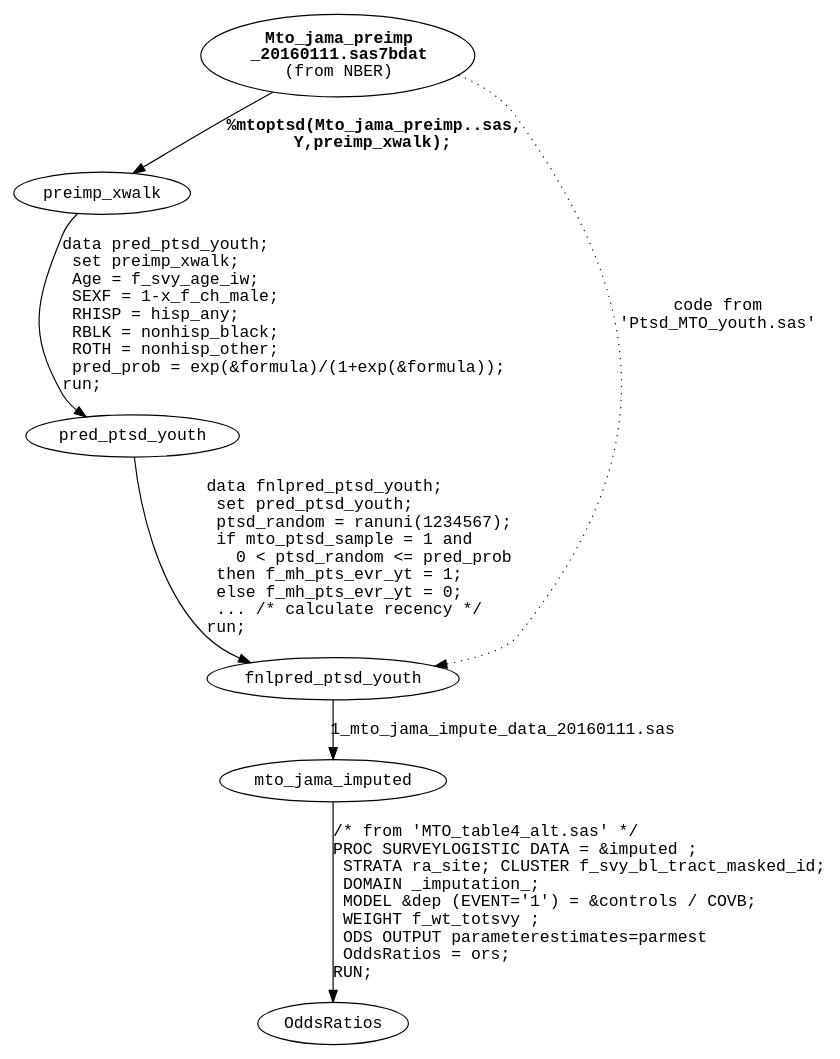
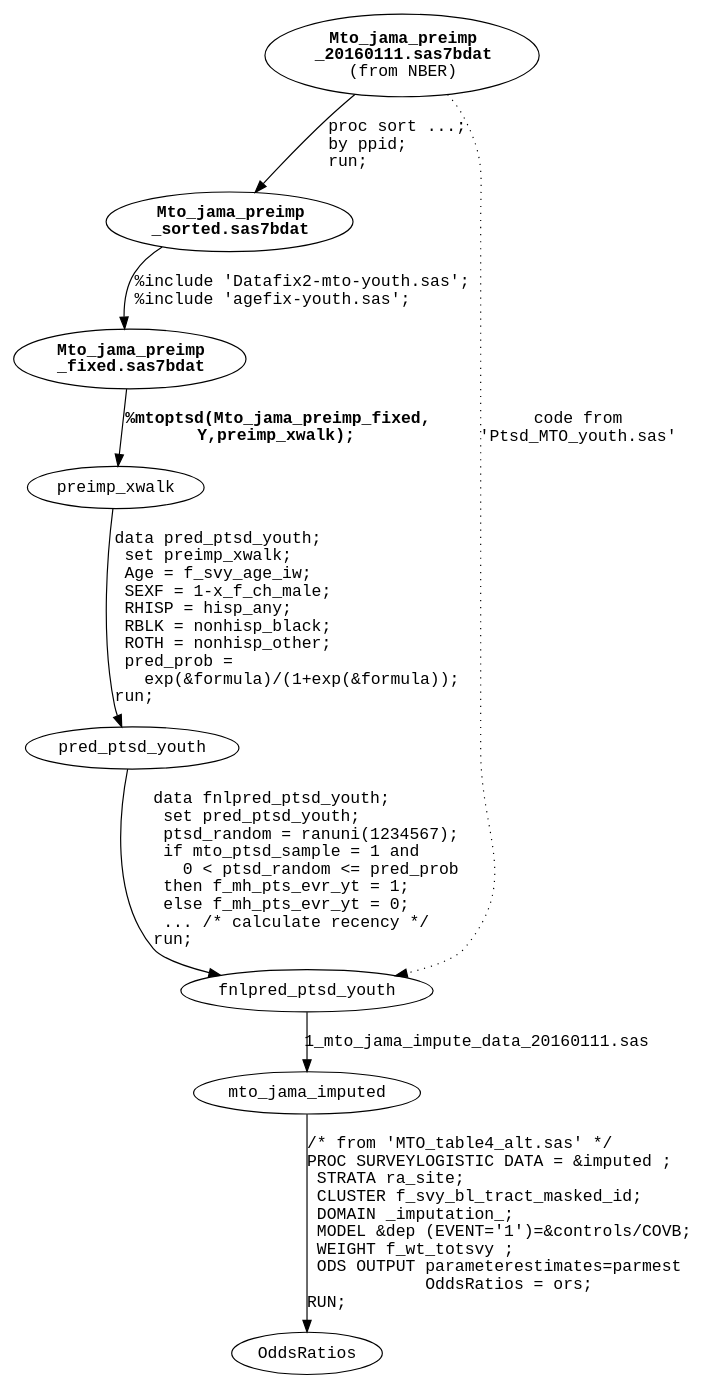
One commit to Precisfice/MTOpublic changed the diagram in theory/dataflows.org. Above: the diagram before and after it, drawn with Graphviz. The commit also changed 1 other file, not shown here.

Commit message:
Update 'dataflows' to reflect ppid sort, Datafix2, agefix

```diff
--- a/theory/dataflows.org
+++ b/theory/dataflows.org
@@ -17,14 +17,18 @@
 #+BEGIN_SRC dot :file dataflow.pdf :exports results :cmdline -Tpdf:cairo
 digraph g {
   node [fontname="Courier"]
   preimp [label=<<b>Mto_jama_preimp<br/>_20160111.sas7bdat</b><br/>(from NBER)> fontname="Courier"]
+  sorted [label=<<b>Mto_jama_preimp<br/>_sorted.sas7bdat</b><br/>> fontname="Courier"]
+  fixed [label=<<b>Mto_jama_preimp<br/>_fixed.sas7bdat</b><br/>> fontname="Courier"]
   preimp_xwalk [label=preimp_xwalk]
   pred_ptsd_youth [label=pred_ptsd_youth]
-  preimp -> preimp_xwalk [label=<<b>%mtoptsd(Mto_jama_preimp..sas,<br/>Y,preimp_xwalk);</b>> fontname="Courier"]
-  preimp_xwalk -> pred_ptsd_youth [label="data pred_ptsd_youth;\l  set preimp_xwalk;\l  Age = f_svy_age_iw;\l  SEXF = 1-x_f_ch_male;\l  RHISP = hisp_any;\l  RBLK = nonhisp_black;\l  ROTH = nonhisp_other;\l  pred_prob = exp(&formula)/(1+exp(&formula));\lrun;\l" fontname="Courier"]
+  preimp -> sorted [label="proc sort ...;\lby ppid;\lrun;\l" fontname="Courier"]
+  sorted -> fixed [label="%include 'Datafix2-mto-youth.sas';\l%include 'agefix-youth.sas';\l" fontname="Courier"]
+  fixed -> preimp_xwalk [label=<<b>%mtoptsd(Mto_jama_preimp_fixed,<br/>Y,preimp_xwalk);</b>> fontname="Courier"]
+  preimp_xwalk -> pred_ptsd_youth [label="data pred_ptsd_youth;\l  set preimp_xwalk;\l  Age = f_svy_age_iw;\l  SEXF = 1-x_f_ch_male;\l  RHISP = hisp_any;\l  RBLK = nonhisp_black;\l  ROTH = nonhisp_other;\l  pred_prob =\l    exp(&formula)/(1+exp(&formula));\lrun;\l" fontname="Courier"]
   pred_ptsd_youth -> fnlpred_ptsd_youth [label="data fnlpred_ptsd_youth;\l  set pred_ptsd_youth;\l  ptsd_random = ranuni(1234567);\l  if mto_ptsd_sample = 1 and\l    0 < ptsd_random <= pred_prob\l  then f_mh_pts_evr_yt = 1;\l  else f_mh_pts_evr_yt = 0;\l  ... /* calculate recency */\lrun;\l" fontname="Courier"]
   preimp -> fnlpred_ptsd_youth [label="code from\n'Ptsd_MTO_youth.sas'" fontname="Courier" style="dotted"]
   fnlpred_ptsd_youth -> mto_jama_imputed [label="1_mto_jama_impute_data_20160111.sas" fontname="Courier"]
-  mto_jama_imputed -> OddsRatios [label="/* from 'MTO_table4_alt.sas' */\lPROC SURVEYLOGISTIC DATA = &imputed ;\l  STRATA ra_site; CLUSTER f_svy_bl_tract_masked_id;\l  DOMAIN _imputation_;\l  MODEL &dep (EVENT='1') = &controls / COVB;\l  WEIGHT f_wt_totsvy ;\l  ODS OUTPUT parameterestimates=parmest\l  OddsRatios = ors;\lRUN;\l" fontname="Courier"]
+  mto_jama_imputed -> OddsRatios [label="/* from 'MTO_table4_alt.sas' */\lPROC SURVEYLOGISTIC DATA = &imputed ;\l  STRATA ra_site;\l  CLUSTER f_svy_bl_tract_masked_id;\l  DOMAIN _imputation_;\l  MODEL &dep (EVENT='1')=&controls/COVB;\l  WEIGHT f_wt_totsvy ;\l  ODS OUTPUT parameterestimates=parmest\l             OddsRatios = ors;\lRUN;\l" fontname="Courier"]
 }
 #+END_SRC
```
